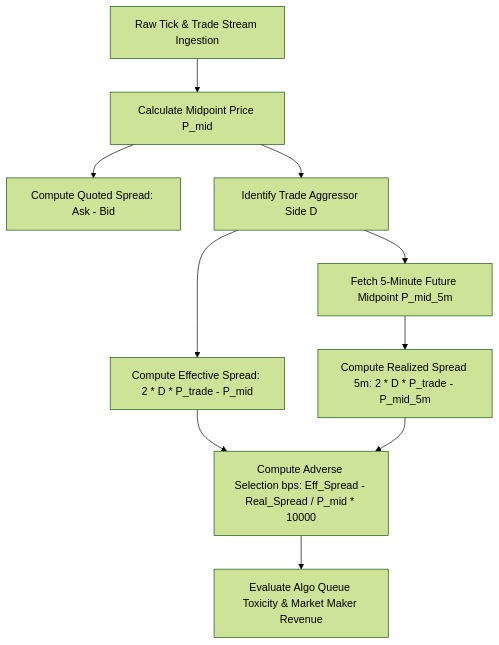
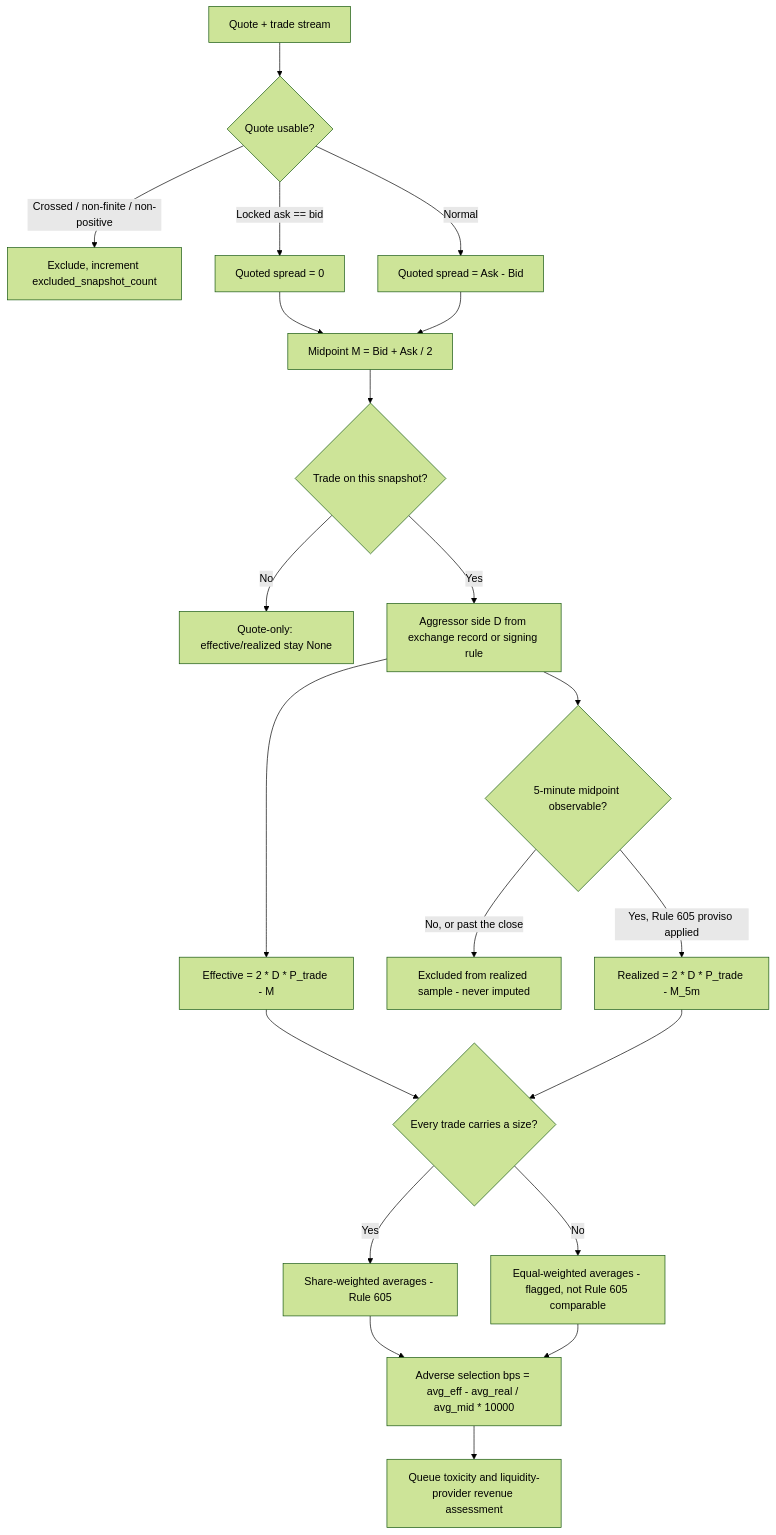
Before and after one commit to HimanshuJ16/Algo-Trading-Skills: the second of 2 diagrams in skills/tick-size-pilot-program-impact-assessment/references/workflows.md, drawn with Mermaid (forest theme). The commit also changed other lines of this file and 443 other files, not shown here.

````diff
--- a/skills/tick-size-pilot-program-impact-assessment/references/workflows.md
+++ b/skills/tick-size-pilot-program-impact-assessment/references/workflows.md
@@ -30,15 +39,27 @@
 ```mermaid
 flowchart TD
-    A[Raw Tick & Trade Stream Ingestion] --> B[Calculate Midpoint Price P_mid]
-    B --> C[Compute Quoted Spread: Ask - Bid]
-    
-    B --> D[Identify Trade Aggressor Side D]
-    D --> E[Compute Effective Spread: 2 * D * P_trade - P_mid]
-    
-    D --> F[Fetch 5-Minute Future Midpoint P_mid_5m]
-    F --> G[Compute Realized Spread 5m: 2 * D * P_trade - P_mid_5m]
-    
-    E & G --> H[Compute Adverse Selection bps: Eff_Spread - Real_Spread / P_mid * 10000]
-    
-    H --> I[Evaluate Algo Queue Toxicity & Market Maker Revenue]
+    A[Quote + trade stream] --> B{Quote usable?}
+    B -->|Crossed / non-finite / non-positive| X[Exclude, increment excluded_snapshot_count]
+    B -->|Locked ask == bid| C[Quoted spread = 0]
+    B -->|Normal| C2[Quoted spread = Ask - Bid]
+    C --> D[Midpoint M = Bid + Ask / 2]
+    C2 --> D
+
+    D --> E{Trade on this snapshot?}
+    E -->|No| Q[Quote-only: effective/realized stay None]
+    E -->|Yes| F[Aggressor side D from exchange record or signing rule]
+
+    F --> G[Effective = 2 * D * P_trade - M]
+    F --> H{5-minute midpoint observable?}
+    H -->|No, or past the close| I[Excluded from realized sample - never imputed]
+    H -->|Yes, Rule 605 proviso applied| J[Realized = 2 * D * P_trade - M_5m]
+
+    G --> K{Every trade carries a size?}
+    J --> K
+    K -->|Yes| L[Share-weighted averages - Rule 605]
+    K -->|No| M[Equal-weighted averages - flagged, not Rule 605 comparable]
+
+    L --> N[Adverse selection bps = avg_eff - avg_real / avg_mid * 10000]
+    M --> N
+    N --> O[Queue toxicity and liquidity-provider revenue assessment]
 ```
````
